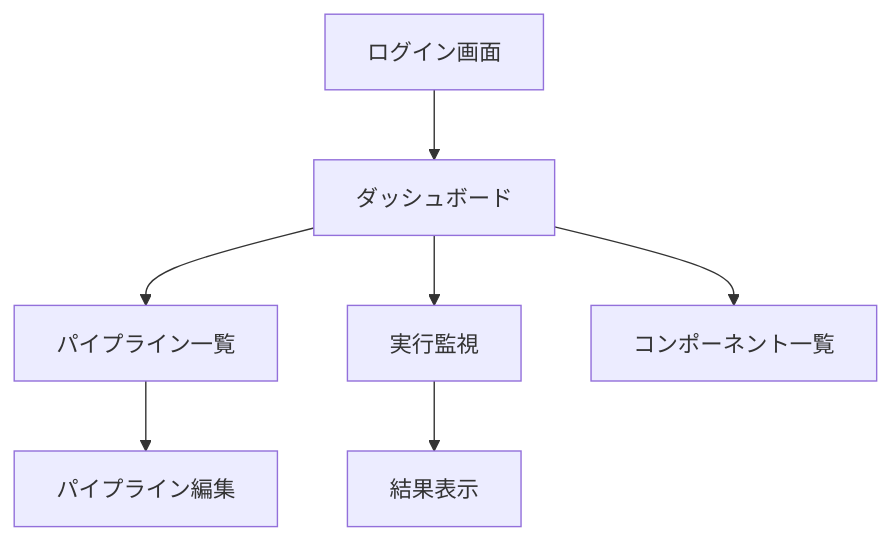
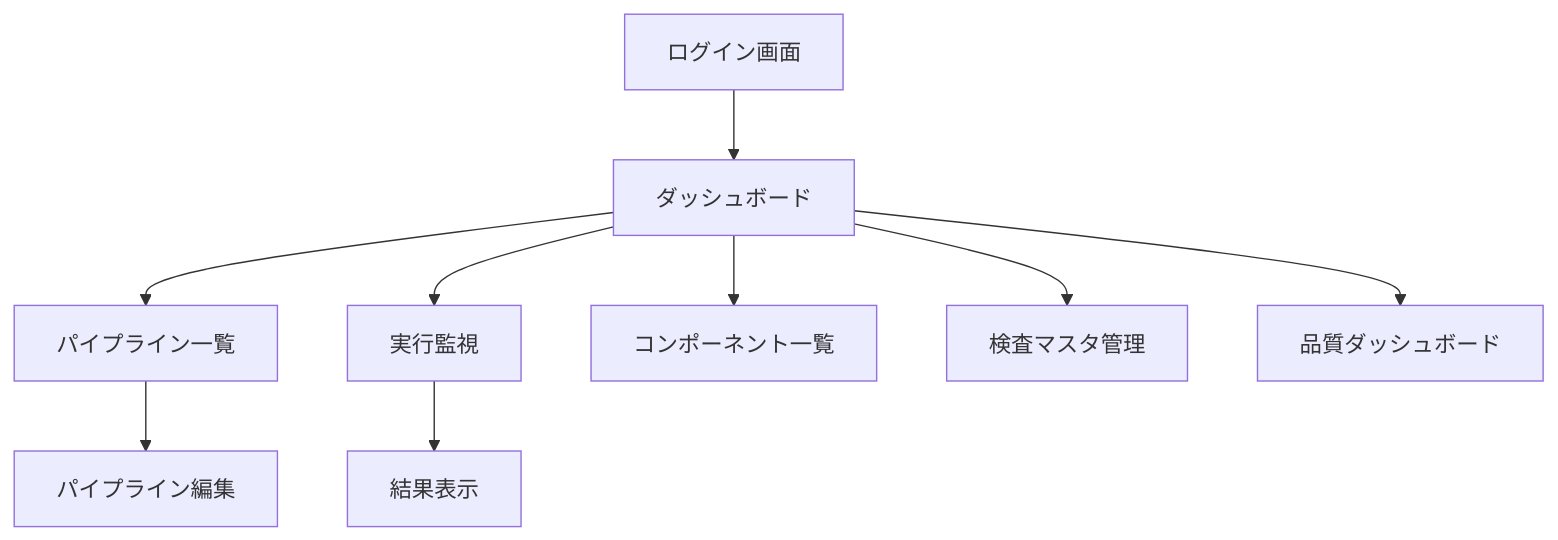
Before and after one commit to daichiTAAA/ImageFlowCanvas: the fifth of 5 diagrams in docs/0300_設計_アプローチ1/0301_WebUI設計.md, drawn with Mermaid. The commit also changed other lines of this file and 2 other files, not shown here.

````diff
--- a/docs/0300_設計_アプローチ1/0301_WebUI設計.md
+++ b/docs/0300_設計_アプローチ1/0301_WebUI設計.md
@@ -103,17 +309,21 @@
 ```mermaid
 graph TD
     Login[ログイン画面]
     Dashboard[ダッシュボード]
     PipelineList[パイプライン一覧]
     PipelineEditor[パイプライン編集]
     ExecutionMonitor[実行監視]
     ResultView[結果表示]
     ComponentList[コンポーネント一覧]
+    InspectionMaster[検査マスタ管理]
+    QualityDashboard[品質ダッシュボード]
     
     Login --> Dashboard
     Dashboard --> PipelineList
     Dashboard --> ExecutionMonitor
+    Dashboard --> InspectionMaster
+    Dashboard --> QualityDashboard
     PipelineList --> PipelineEditor
     ExecutionMonitor --> ResultView
     Dashboard --> ComponentList
 ```
````
